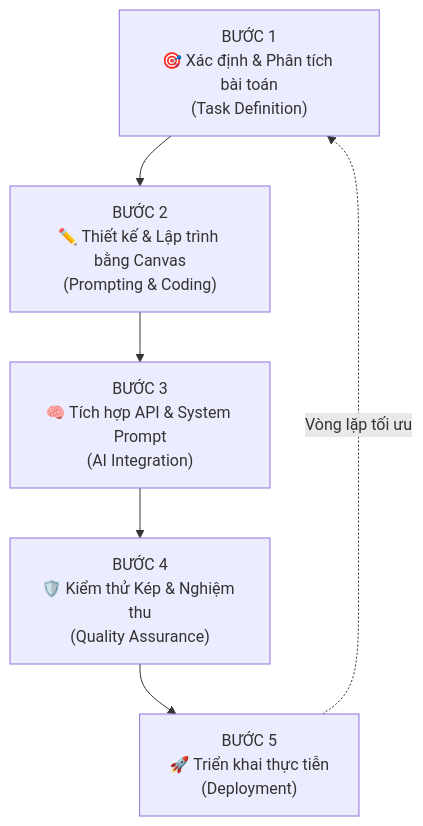
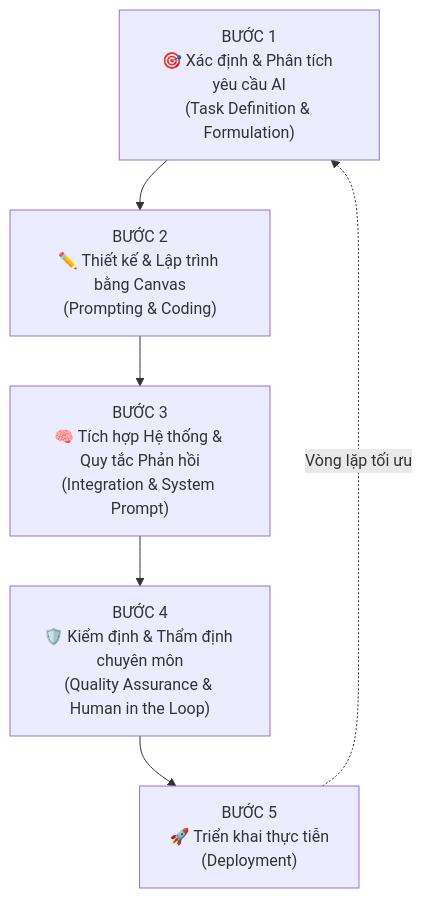
Before and after one commit to danghoangsqtt-sys/ai-maker-doc: the second of 4 diagrams in src/content/raw_data.md, drawn with Mermaid. The commit also changed other lines of this file and 1 other file, not shown here.

````diff
--- a/src/content/raw_data.md
+++ b/src/content/raw_data.md
@@ -87,9 +87,9 @@
 ```mermaid
 flowchart TD
-    B1["BƯỚC 1\n🎯 Xác định & Phân tích bài toán\n(Task Definition)"]
+    B1["BƯỚC 1\n🎯 Xác định & Phân tích yêu cầu AI\n(Task Definition & Formulation)"]
     --> B2["BƯỚC 2\n✏️ Thiết kế & Lập trình bằng Canvas\n(Prompting & Coding)"]
-    --> B3["BƯỚC 3\n🧠 Tích hợp API & System Prompt\n(AI Integration)"]
-    --> B4["BƯỚC 4\n🛡️ Kiểm thử Kép & Nghiệm thu\n(Quality Assurance)"]
+    --> B3["BƯỚC 3\n🧠 Tích hợp Hệ thống & Quy tắc Phản hồi\n(Integration & System Prompt)"]
+    --> B4["BƯỚC 4\n🛡️ Kiểm định & Thẩm định chuyên môn\n(Quality Assurance & Human in the Loop)"]
     --> B5["BƯỚC 5\n🚀 Triển khai thực tiễn\n(Deployment)"]
     B5 -.->|Vòng lặp tối ưu| B1
 ```
````
